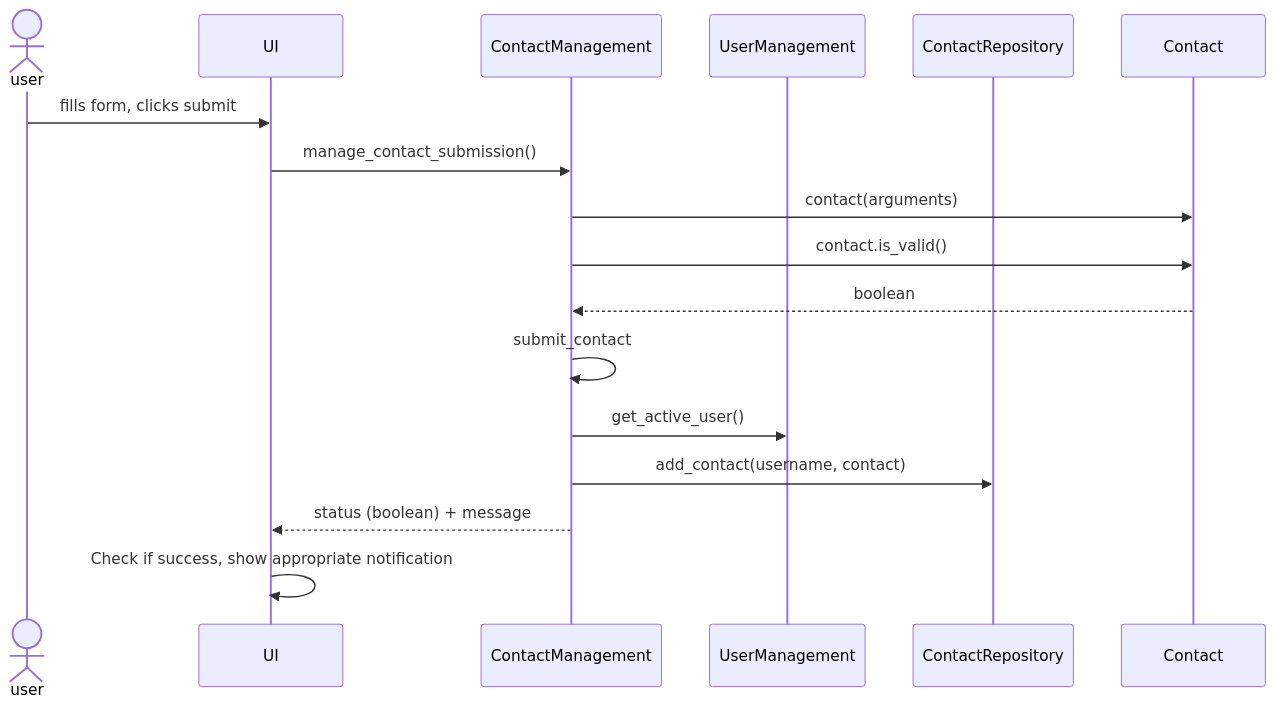
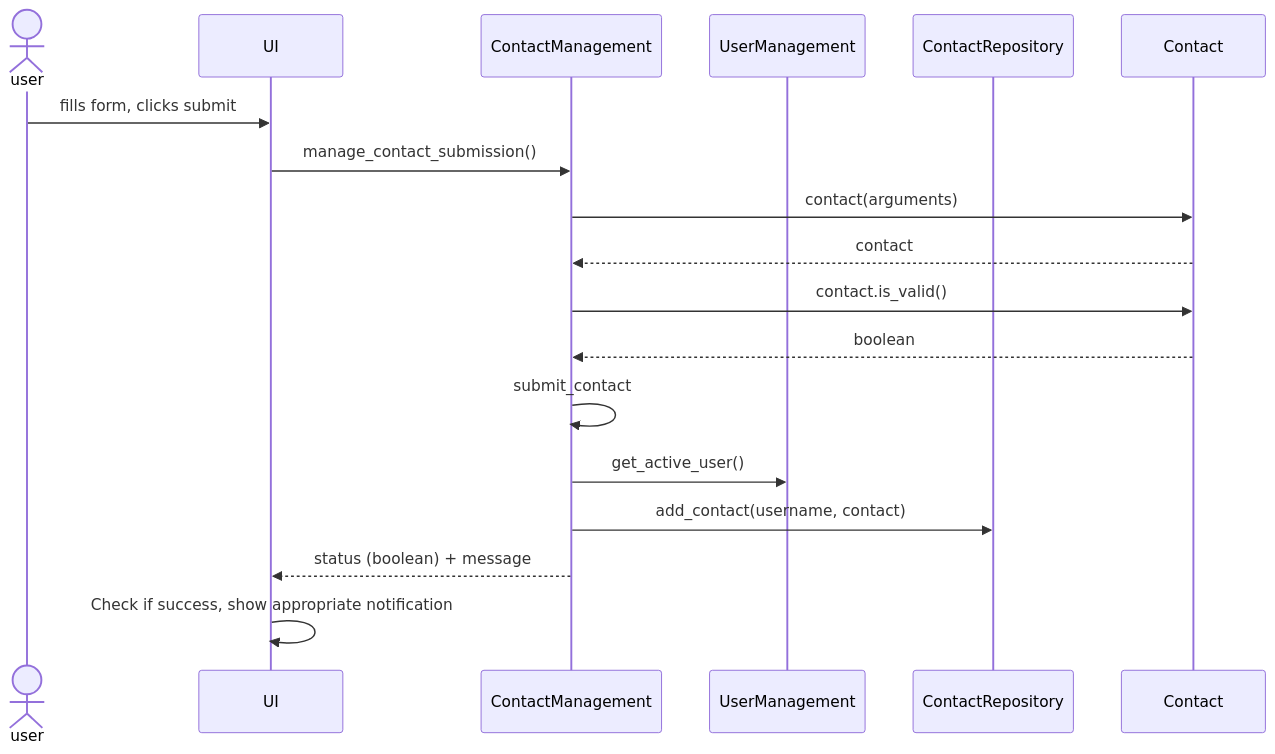
Before and after one commit to heidi-holappa/ot-harjoitustyo: the fourth of 4 diagrams in documentation/architecture.md, drawn with Mermaid.

Commit message:
Minor change to second sequence diagram

````diff
--- a/documentation/architecture.md
+++ b/documentation/architecture.md
@@ -97,19 +97,20 @@
 ```mermaid
 sequenceDiagram
 actor user
 participant UI
 participant ContactManagement
 participant UserManagement
 participant ContactRepository
 participant Contact
 user ->> UI: fills form, clicks submit
 UI ->> ContactManagement: manage_contact_submission()
 ContactManagement ->> Contact: contact(arguments)
+Contact -->> ContactManagement: contact
 ContactManagement ->> Contact: contact.is_valid()
 Contact -->> ContactManagement: boolean
 ContactManagement ->> ContactManagement: submit_contact
 ContactManagement ->> UserManagement: get_active_user()
 ContactManagement ->> ContactRepository: add_contact(username, contact)
 ContactManagement -->> UI: status (boolean) + message
 UI ->> UI: Check if success, show appropriate notification
 ```
````
